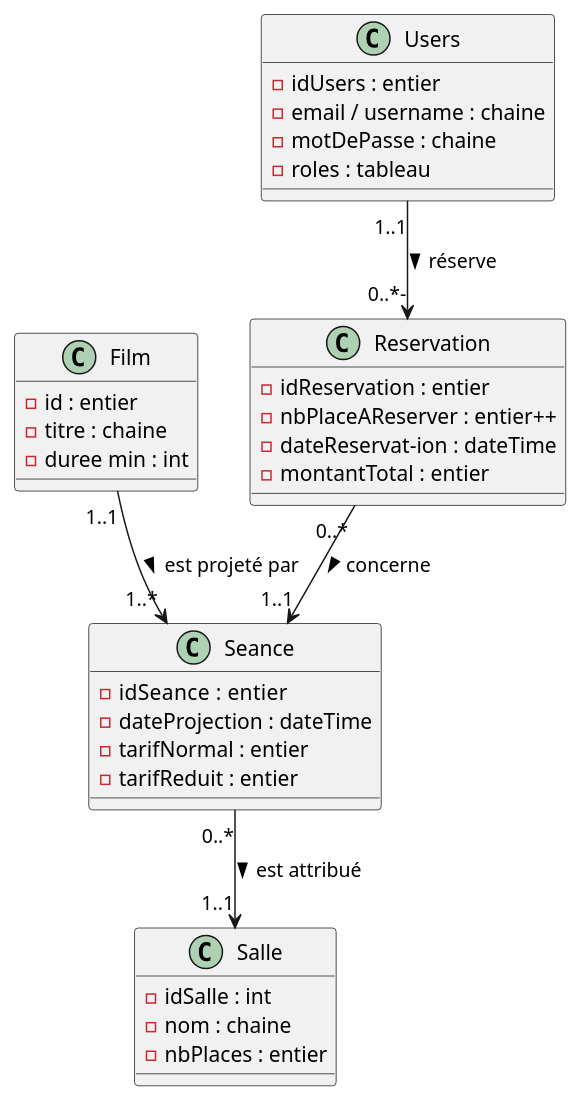
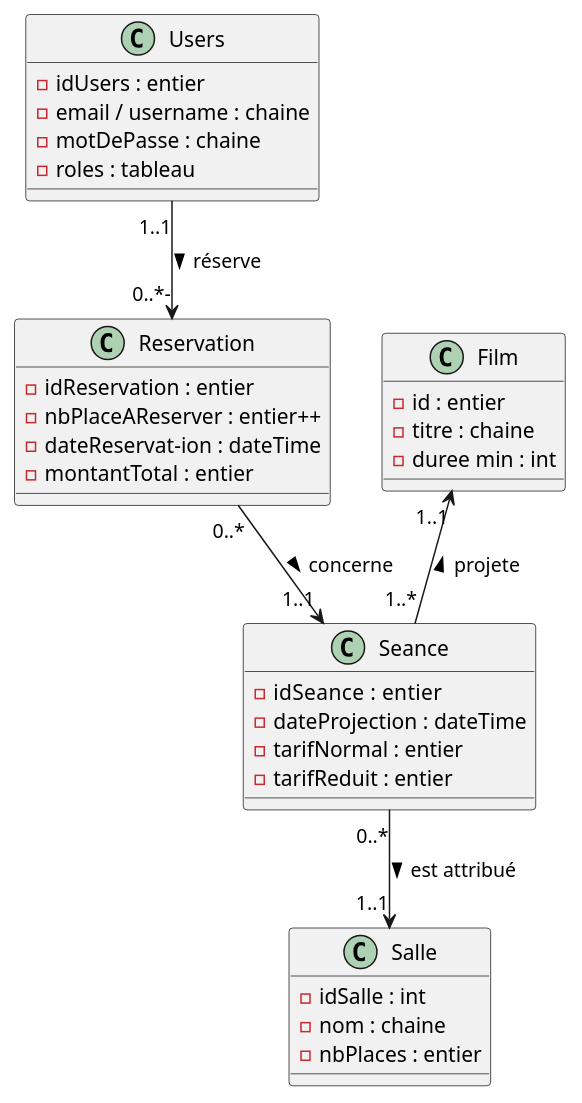
One commit to fadel-amar/Api_cinema changed the diagram in documentation/diagramme_de_classe.puml. Above: the diagram before and after it, drawn with PlantUML. The commit also changed 26 other files, not shown here.

```diff
--- a/documentation/diagramme_de_classe.puml
+++ b/documentation/diagramme_de_classe.puml
@@ -1,47 +1,47 @@
 @startuml
 'https://plantuml.com/class-diagram
 'skinparam classAttributeIconSize 0
 
 
 Class Salle {
 - idSalle : int
 - nom : chaine
 - nbPlaces : entier
 }
 
 
 Class Seance {
 - idSeance  : entier
 - dateProjection : dateTime
 - tarifNormal : entier
 - tarifReduit : entier
 }
 
 
-Class Film {
-- id : entier
-- titre : chaine
-- duree min : int
-}
-
 Class Users {
 - idUsers : entier
 - email / username : chaine
 - motDePasse : chaine
 - roles : tableau
 }
 
 Class Reservation {
 - idReservation : entier
 - nbPlaceAReserver : entier++
 - dateReservat-ion : dateTime
 - montantTotal : entier
 }
 
+Class Film {
+- id : entier
+- titre : chaine
+- duree min : int
+}
+
 
 
 Seance "0..*" --> "1..1" Salle : est attribué >
-Film "1..1" --> "1..*" Seance : est projeté par >
+Film "1..1" <-- "1..*" Seance : projete <
 Users "1..1" --> "0..*-" Reservation : réserve >
 Reservation "0..*" --> "1..1" Seance : concerne >
 @enduml
```
